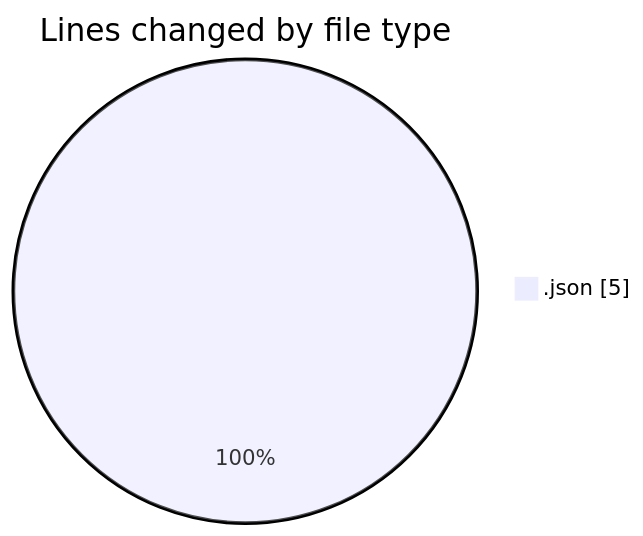
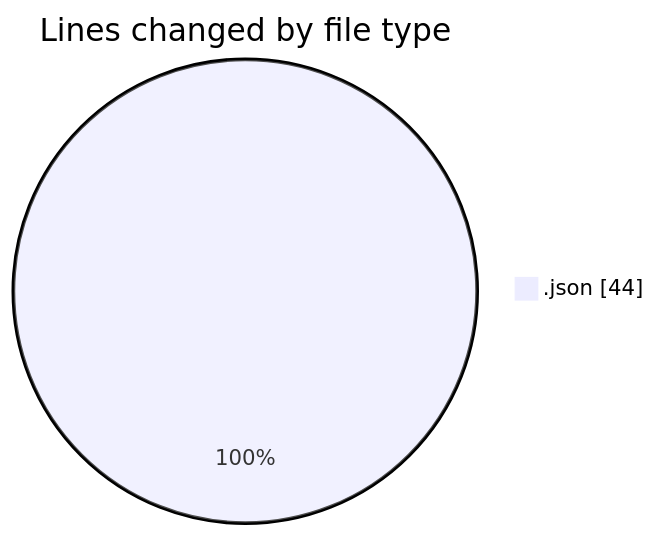
The first of 2 diagrams in 2025-08-29/alpha/README.md (FelipKnott/code-tracking), drawn with Mermaid before and after one commit. The commit also changed other lines of this file and 1 other file, not shown here.

````diff
--- a/2025-08-29/alpha/README.md
+++ b/2025-08-29/alpha/README.md
@@ -20,5 +21,5 @@
 ```mermaid
 pie showData
 title Lines changed by file type
-".json" : 5
+".json" : 44
 ```
````
